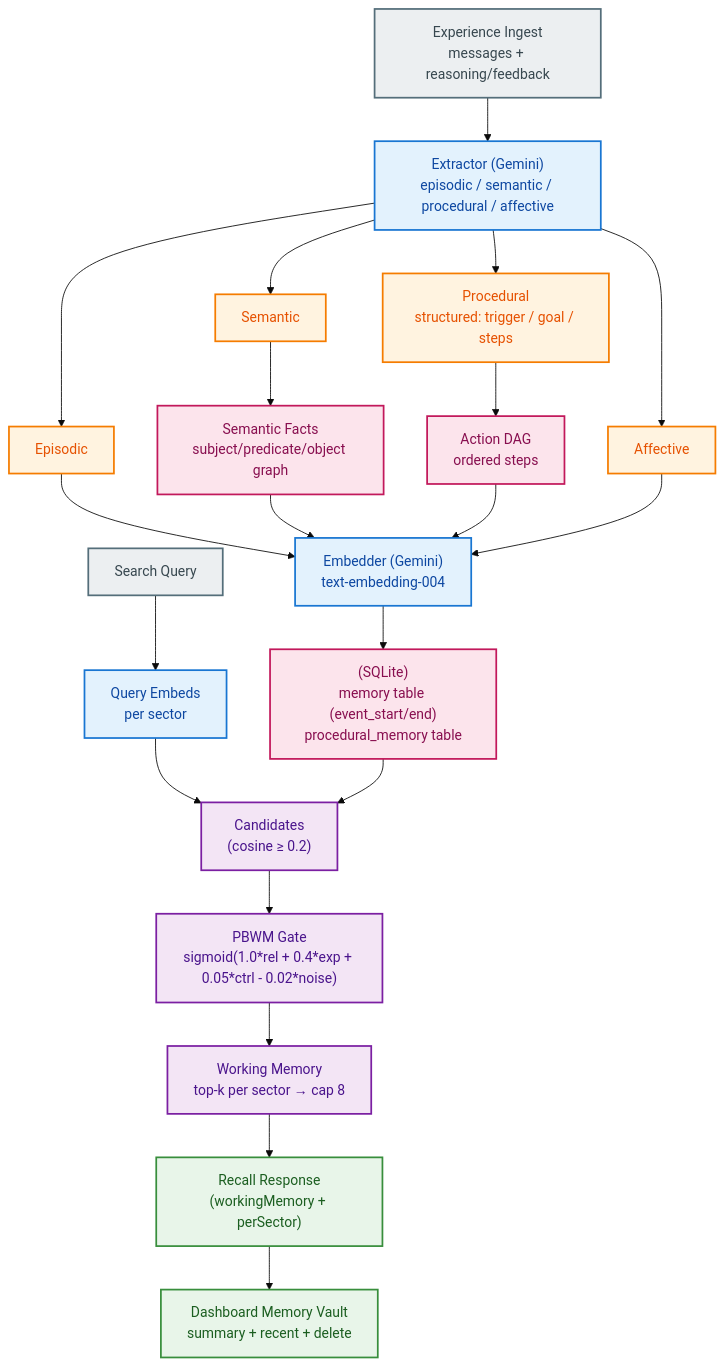
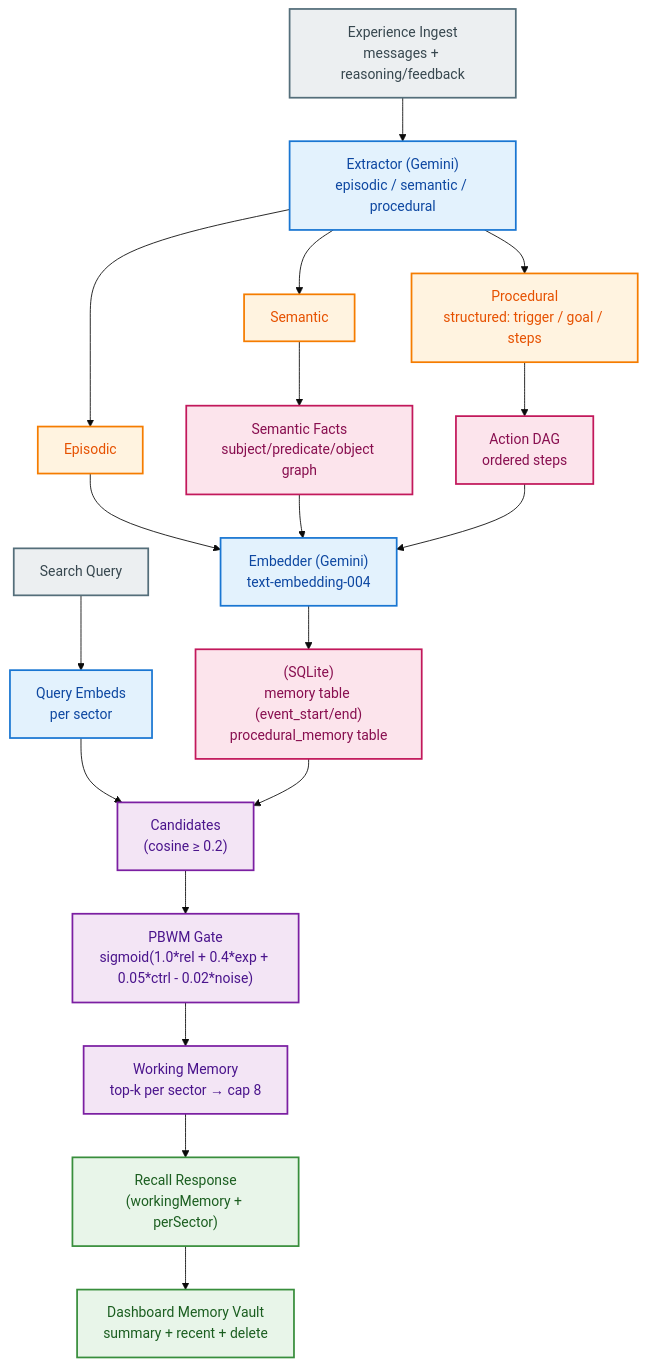
The diagram in memory/README.md (ekailabs/ekai-gateway), drawn with Mermaid (base theme) before and after one commit. The commit also changed other lines of this file and 11 other files, not shown here.

````diff
--- a/memory/README.md
+++ b/memory/README.md
@@ -103,52 +103,49 @@
 ```mermaid
 graph TB
   classDef inputStyle fill:#eceff1,stroke:#546e7a,stroke-width:2px,color:#37474f
   classDef processStyle fill:#e3f2fd,stroke:#1976d2,stroke-width:2px,color:#0d47a1
   classDef sectorStyle fill:#fff3e0,stroke:#f57c00,stroke-width:2px,color:#e65100
   classDef storageStyle fill:#fce4ec,stroke:#c2185b,stroke-width:2px,color:#880e4f
   classDef engineStyle fill:#f3e5f5,stroke:#7b1fa2,stroke-width:2px,color:#4a148c
   classDef outputStyle fill:#e8f5e9,stroke:#388e3c,stroke-width:2px,color:#1b5e20
 
   EXP["Experience Ingest<br>messages + reasoning/feedback"]:::inputStyle
-  EXTRACT["Extractor (Gemini)<br>episodic / semantic / procedural / affective"]:::processStyle
+  EXTRACT["Extractor (Gemini)<br>episodic / semantic / procedural"]:::processStyle
 
   EPISODIC["Episodic"]:::sectorStyle
   SEMANTIC["Semantic"]:::sectorStyle
   PROCEDURAL["Procedural<br>structured: trigger / goal / steps"]:::sectorStyle
-  AFFECTIVE["Affective"]:::sectorStyle
 
   EMBED["Embedder (Gemini)<br>text-embedding-004"]:::processStyle
 
   STORE["(SQLite)<br>memory table (event_start/end)<br>procedural_memory table"]:::storageStyle
   FACTGRAPH["Semantic Facts<br>subject/predicate/object graph"]:::storageStyle
   STEPGRAPH["Action DAG<br>ordered steps"]:::storageStyle
 
   QUERY["Search Query"]:::inputStyle
   QEMBED["Query Embeds<br>per sector"]:::processStyle
   CANDIDATES["Candidates<br>(cosine ≥ 0.2)"]:::engineStyle
   PBWM["PBWM Gate<br>sigmoid(1.0*rel + 0.4*exp + 0.05*ctrl - 0.02*noise)"]:::engineStyle
   WM["Working Memory<br>top-k per sector → cap 8"]:::engineStyle
 
   OUTPUT["Recall Response<br>(workingMemory + perSector)"]:::outputStyle
   UI["Dashboard Memory Vault<br>summary + recent + delete"]:::outputStyle
 
   EXP --> EXTRACT
   EXTRACT --> EPISODIC
   EXTRACT --> SEMANTIC
   EXTRACT --> PROCEDURAL
-  EXTRACT --> AFFECTIVE
 
   EPISODIC --> EMBED
   SEMANTIC --> FACTGRAPH
   FACTGRAPH --> EMBED
   PROCEDURAL --> STEPGRAPH
   STEPGRAPH --> EMBED
-  AFFECTIVE --> EMBED
 
   EMBED --> STORE
 
   QUERY --> QEMBED --> CANDIDATES --> PBWM --> WM --> OUTPUT
   STORE --> CANDIDATES
 
   OUTPUT --> UI
 ```
````
